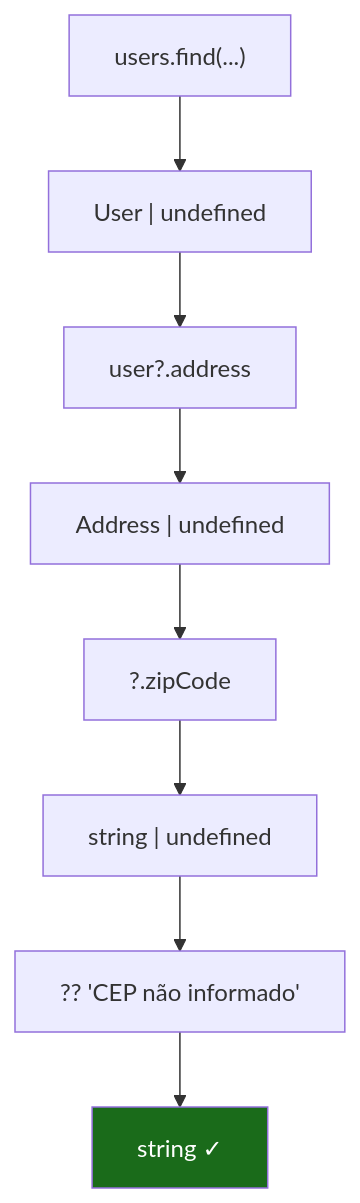
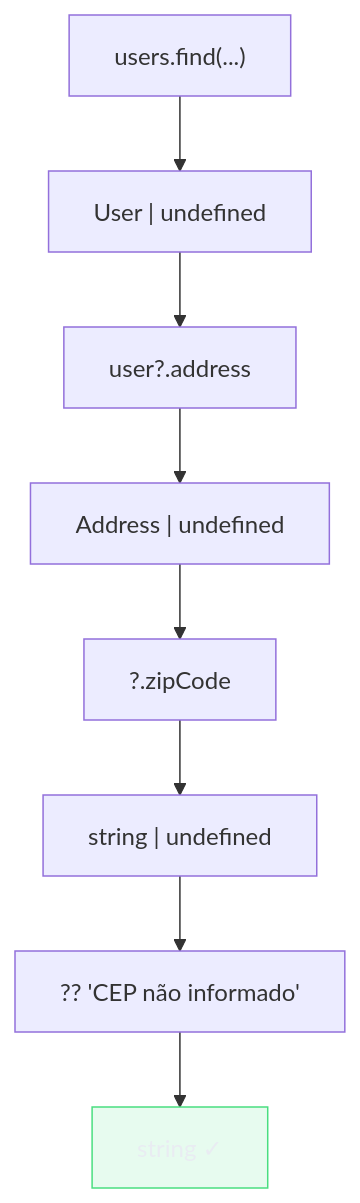
One commit to josenaldo/codex-technomanticus changed the fifth of 5 diagrams in 03-Dominios/Tecnologia/TypeScript/05 - strictNullChecks - null, undefined e optional.md. Above: the diagram before and after it, drawn with Mermaid. The commit also changed other lines of this file and 1181 other files, not shown here.

First line of the commit message:
fix(diagramas): paleta do sistema no lugar de cor cravada no markdown

````diff
--- a/03-Dominios/Tecnologia/TypeScript/05 - strictNullChecks - null, undefined e optional.md
+++ b/03-Dominios/Tecnologia/TypeScript/05 - strictNullChecks - null, undefined e optional.md
@@ -434,15 +442,16 @@
 ```mermaid
 flowchart TD
+    classDef ok fill:#4ADE8021,stroke:#4ADE80,color:#E9ECF2
     A["users.find(...)"]
     B["User | undefined"]
     C["user?.address"]
     D["Address | undefined"]
     E["?.zipCode"]
     F["string | undefined"]
     G["?? 'CEP não informado'"]
     H["string ✓"]
 
     A --> B --> C --> D --> E --> F --> G --> H
 
-    style H fill:#1a6b1a,color:#fff
+    class H ok
 ```
````
